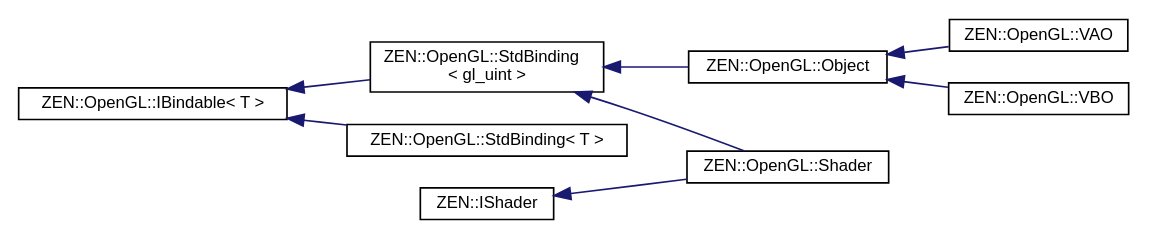
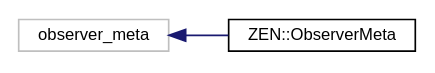
Before and after one commit to markhj/zeronetics: the diagram in inherit_graph_30.dot, drawn with Graphviz. The commit also changed 186 other files, not shown here.

```diff
--- a/inherit_graph_30.dot
+++ b/inherit_graph_30.dot
@@ -1,22 +1,10 @@
 digraph "Graphical Class Hierarchy"
 {
  // LATEX_PDF_SIZE
   edge [fontname="Helvetica",fontsize="10",labelfontname="Helvetica",labelfontsize="10"];
   node [fontname="Helvetica",fontsize="10",shape=record];
   rankdir="LR";
-  Node0 [label="ZEN::OpenGL::IBindable\< T \>",height=0.2,width=0.4,color="black", fillcolor="white", style="filled",URL="$classZEN_1_1OpenGL_1_1IBindable.html",tooltip=" "];
-  Node0 -> Node1 [dir="back",color="midnightblue",fontsize="10",style="solid",fontname="Helvetica"];
-  Node1 [label="ZEN::OpenGL::StdBinding\l\< gl_uint \>",height=0.2,width=0.4,color="black", fillcolor="white", style="filled",URL="$classZEN_1_1OpenGL_1_1StdBinding.html",tooltip=" "];
-  Node1 -> Node2 [dir="back",color="midnightblue",fontsize="10",style="solid",fontname="Helvetica"];
-  Node2 [label="ZEN::OpenGL::Object",height=0.2,width=0.4,color="black", fillcolor="white", style="filled",URL="$classZEN_1_1OpenGL_1_1Object.html",tooltip=" "];
-  Node2 -> Node3 [dir="back",color="midnightblue",fontsize="10",style="solid",fontname="Helvetica"];
-  Node3 [label="ZEN::OpenGL::VAO",height=0.2,width=0.4,color="black", fillcolor="white", style="filled",URL="$classZEN_1_1OpenGL_1_1VAO.html",tooltip=" "];
-  Node2 -> Node4 [dir="back",color="midnightblue",fontsize="10",style="solid",fontname="Helvetica"];
-  Node4 [label="ZEN::OpenGL::VBO",height=0.2,width=0.4,color="black", fillcolor="white", style="filled",URL="$classZEN_1_1OpenGL_1_1VBO.html",tooltip=" "];
-  Node1 -> Node5 [dir="back",color="midnightblue",fontsize="10",style="solid",fontname="Helvetica"];
-  Node5 [label="ZEN::OpenGL::Shader",height=0.2,width=0.4,color="black", fillcolor="white", style="filled",URL="$classZEN_1_1OpenGL_1_1Shader.html",tooltip=" "];
-  Node0 -> Node6 [dir="back",color="midnightblue",fontsize="10",style="solid",fontname="Helvetica"];
-  Node6 [label="ZEN::OpenGL::StdBinding\< T \>",height=0.2,width=0.4,color="black", fillcolor="white", style="filled",URL="$classZEN_1_1OpenGL_1_1StdBinding.html",tooltip=" "];
-  Node33 [label="ZEN::IShader",height=0.2,width=0.4,color="black", fillcolor="white", style="filled",URL="$classZEN_1_1IShader.html",tooltip=" "];
-  Node33 -> Node5 [dir="back",color="midnightblue",fontsize="10",style="solid",fontname="Helvetica"];
+  Node54 [label="observer_meta",height=0.2,width=0.4,color="grey75", fillcolor="white", style="filled",tooltip=" "];
+  Node54 -> Node0 [dir="back",color="midnightblue",fontsize="10",style="solid",fontname="Helvetica"];
+  Node0 [label="ZEN::ObserverMeta",height=0.2,width=0.4,color="black", fillcolor="white", style="filled",URL="$structZEN_1_1ObserverMeta.html",tooltip=" "];
 }
```
